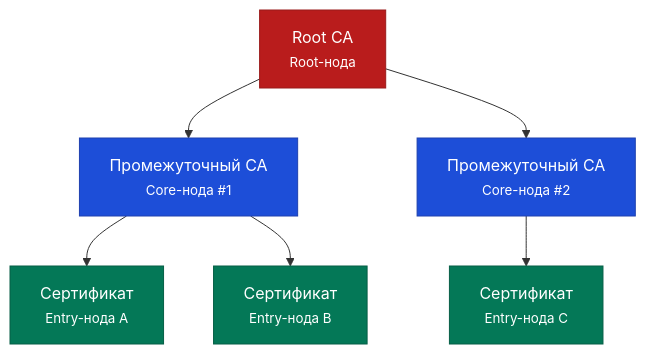
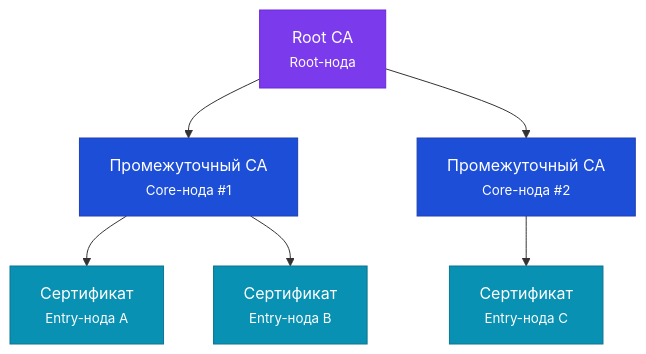
The fifth of 5 diagrams in content/docs/_index.md (SigilGate/SigilGate.github.io), drawn with Mermaid before and after one commit. The commit also changed other lines of this file and 3 other files, not shown here.

First line of the commit message:
Обновить документацию: цветовая схема, плоская структура файлов

```diff
--- a/content/docs/_index.md
+++ b/content/docs/_index.md
@@ -206,22 +195,22 @@
 {{< mermaid >}}
 graph TD
     RootCA["Root CA<br/><small>Root-нода</small>"]
     IntCA1["Промежуточный CA<br/><small>Core-нода #1</small>"]
     IntCA2["Промежуточный CA<br/><small>Core-нода #2</small>"]
     Cert1["Сертификат<br/><small>Entry-нода A</small>"]
     Cert2["Сертификат<br/><small>Entry-нода B</small>"]
     Cert3["Сертификат<br/><small>Entry-нода C</small>"]
 
     RootCA --> IntCA1
     RootCA --> IntCA2
     IntCA1 --> Cert1
     IntCA1 --> Cert2
     IntCA2 --> Cert3
 
-    style RootCA fill:#b91c1c,color:#fff,stroke:#991b1b
+    style RootCA fill:#7c3aed,color:#fff,stroke:#6d28d9
     style IntCA1 fill:#1d4ed8,color:#fff,stroke:#1e40af
     style IntCA2 fill:#1d4ed8,color:#fff,stroke:#1e40af
-    style Cert1 fill:#047857,color:#fff,stroke:#065f46
-    style Cert2 fill:#047857,color:#fff,stroke:#065f46
-    style Cert3 fill:#047857,color:#fff,stroke:#065f46
+    style Cert1 fill:#0891b2,color:#fff,stroke:#0e7490
+    style Cert2 fill:#0891b2,color:#fff,stroke:#0e7490
+    style Cert3 fill:#0891b2,color:#fff,stroke:#0e7490
 {{< /mermaid >}}
```
